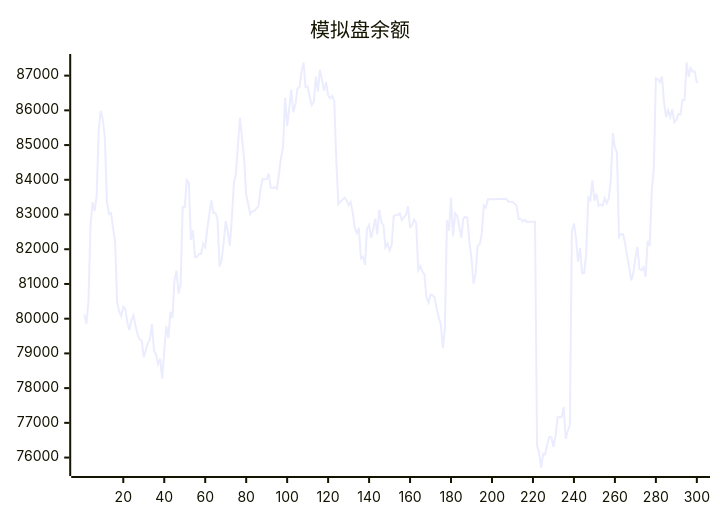
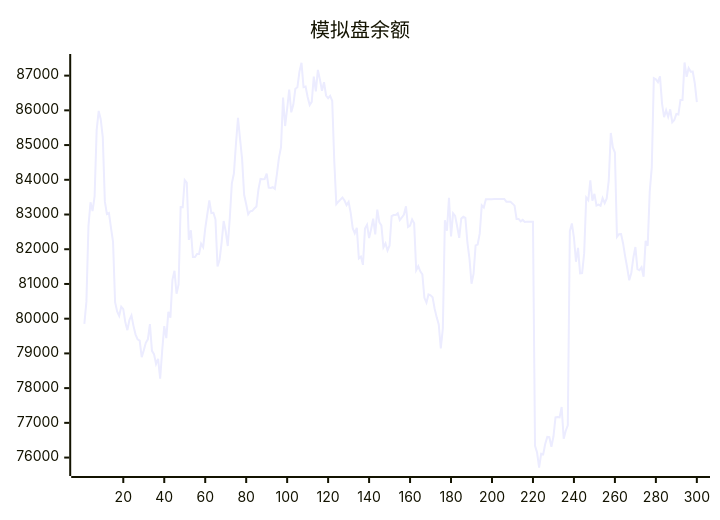
One commit to aahl/ai-trading changed the diagram in README.md. Above: the diagram before and after it, drawn with Mermaid. The commit also changed other lines of this file and 1 other file, not shown here.

````diff
--- a/README.md
+++ b/README.md
@@ -5,5 +5,5 @@
 ```mermaid
 xychart
     title "模拟盘余额"
-    line [80118,79848,80491,82665,83351,83098,83525,85430,85983,85737,85221,83378,83014,83043,82613,82216,80477,80208,80081,80348,80277,79894,79670,79965,80093,79786,79542,79406,79371,78893,79087,79304,79406,79841,79072,78978,78696,78846,78272,79085,79787,79442,80198,80031,81120,81379,80718,80985,83214,83212,83993,83921,82270,82547,81776,81776,81866,81866,82158,82061,82596,83000,83408,83041,83050,82858,81503,81691,82188,82812,82517,82092,82901,83898,84180,85030,85781,85178,84604,83569,83298,83008,83093,83107,83175,83228,83729,84025,84017,84019,84177,83775,83762,83785,83738,84160,84639,84939,86370,85548,86046,86599,85942,86161,86622,86664,87115,87369,86666,86685,86384,86152,86243,86969,86548,87164,86885,86566,86809,86427,86348,86417,86273,84538,83299,83369,83430,83490,83404,83270,83362,83056,82605,82459,82614,81734,81788,81551,82598,82702,82320,82580,82878,82426,83139,82778,82686,82056,82166,81963,82110,82951,82983,82984,83038,82838,82915,82998,83235,82642,82682,82858,82746,81396,81512,81362,81277,80600,80461,80699,80673,80616,80288,80038,79836,79142,79722,82837,82533,83480,82366,83032,82960,82654,82330,82883,82934,82901,82188,81728,81005,81298,82110,82135,82449,83264,83203,83440,83439,83440,83440,83446,83447,83448,83447,83448,83449,83369,83369,83369,83313,83256,82872,82873,82801,82844,82785,82791,82791,82793,82794,76339,76145,75714,76110,76096,76397,76594,76585,76310,76607,77160,77170,77160,77456,76541,76774,76927,82520,82744,82337,81639,82040,81307,81314,81887,83490,83414,83984,83396,83594,83261,83287,83253,83470,83327,83465,83987,85348,84930,84786,82355,82433,82438,82167,81795,81466,81105,81315,81756,82064,81426,81398,81481,81210,82242,82099,83658,84359,86925,86892,86814,86980,86203,85802,86003,85811,86028,85657,85721,85896,85880,86300,86299,87378,86965,87214,87115,87118,86780]
+    line [79848,80491,82665,83351,83098,83525,85430,85983,85737,85221,83378,83014,83043,82613,82216,80477,80208,80081,80348,80277,79894,79670,79965,80093,79786,79542,79406,79371,78893,79087,79304,79406,79841,79072,78978,78696,78846,78272,79085,79787,79442,80198,80031,81120,81379,80718,80985,83214,83212,83993,83921,82270,82547,81776,81776,81866,81866,82158,82061,82596,83000,83408,83041,83050,82858,81503,81691,82188,82812,82517,82092,82901,83898,84180,85030,85781,85178,84604,83569,83298,83008,83093,83107,83175,83228,83729,84025,84017,84019,84177,83775,83762,83785,83738,84160,84639,84939,86370,85548,86046,86599,85942,86161,86622,86664,87115,87369,86666,86685,86384,86152,86243,86969,86548,87164,86885,86566,86809,86427,86348,86417,86273,84538,83299,83369,83430,83490,83404,83270,83362,83056,82605,82459,82614,81734,81788,81551,82598,82702,82320,82580,82878,82426,83139,82778,82686,82056,82166,81963,82110,82951,82983,82984,83038,82838,82915,82998,83235,82642,82682,82858,82746,81396,81512,81362,81277,80600,80461,80699,80673,80616,80288,80038,79836,79142,79722,82837,82533,83480,82366,83032,82960,82654,82330,82883,82934,82901,82188,81728,81005,81298,82110,82135,82449,83264,83203,83440,83439,83440,83440,83446,83447,83448,83447,83448,83449,83369,83369,83369,83313,83256,82872,82873,82801,82844,82785,82791,82791,82793,82794,76339,76145,75714,76110,76096,76397,76594,76585,76310,76607,77160,77170,77160,77456,76541,76774,76927,82520,82744,82337,81639,82040,81307,81314,81887,83490,83414,83984,83396,83594,83261,83287,83253,83470,83327,83465,83987,85348,84930,84786,82355,82433,82438,82167,81795,81466,81105,81315,81756,82064,81426,81398,81481,81210,82242,82099,83658,84359,86925,86892,86814,86980,86203,85802,86003,85811,86028,85657,85721,85896,85880,86300,86299,87378,86965,87214,87115,87118,86780,86238]
 ```
````
